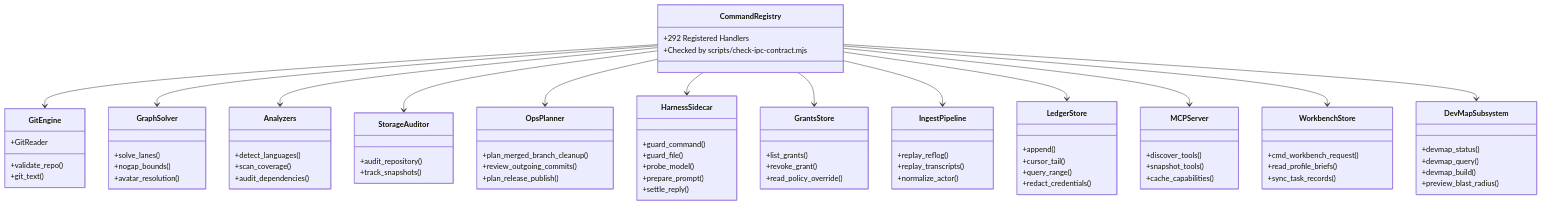
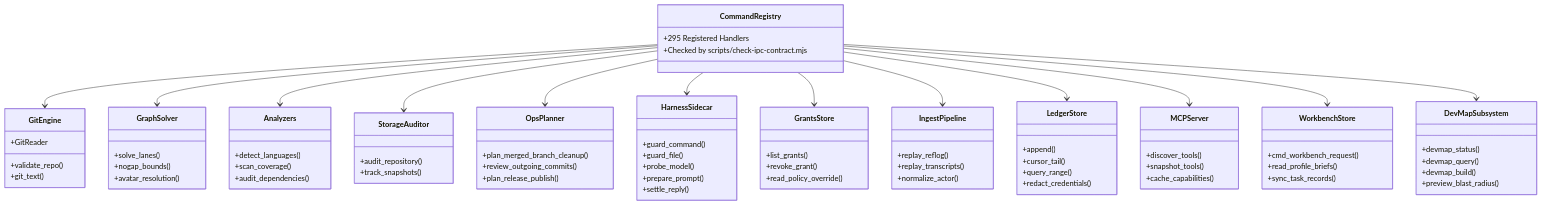
One commit to bharathvbcr/GitPulse changed the third of 5 diagrams in docs/ARCHITECTURE.md. Above: the diagram before and after it, drawn with Mermaid. The commit also changed other lines of this file and 44 other files, not shown here.

````diff
--- a/docs/ARCHITECTURE.md
+++ b/docs/ARCHITECTURE.md
@@ -202,7 +202,7 @@
 ```mermaid
 classDiagram
     class CommandRegistry {
-        +292 Registered Handlers
+        +295 Registered Handlers
         +Checked by scripts/check-ipc-contract.mjs
     }
     class GitEngine {
````
